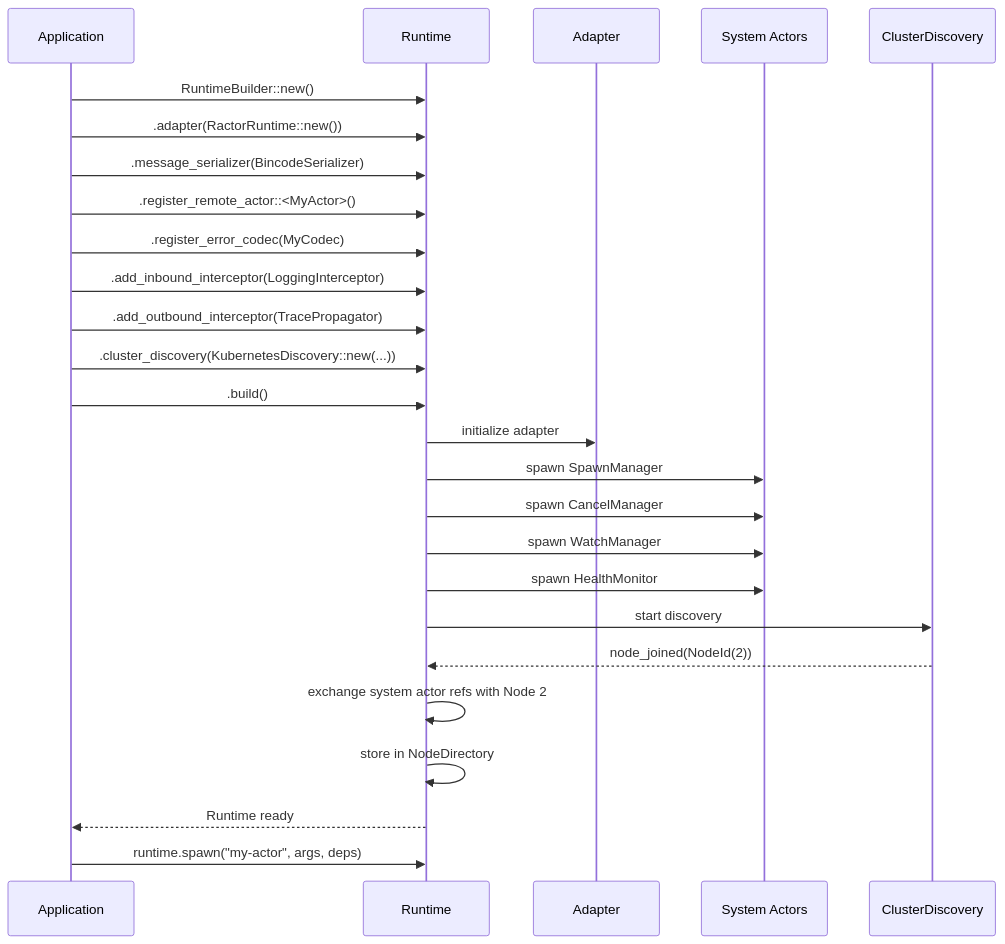
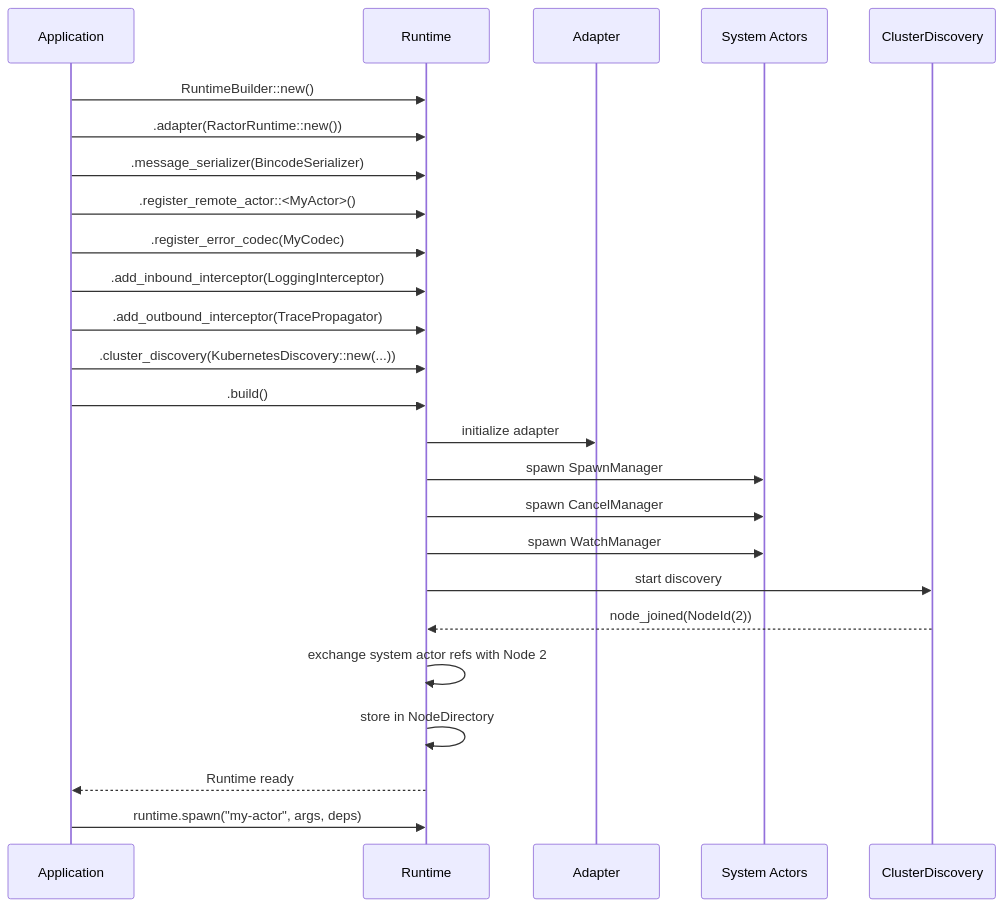
Diagram 17 of 30 in docs/design-v0.2.md (ditas-team/dactor), drawn with Mermaid before and after one commit. The commit also changed other lines of this file, not shown here.

````diff
--- a/docs/design-v0.2.md
+++ b/docs/design-v0.2.md
@@ -3644,32 +3643,31 @@
 ```mermaid
 sequenceDiagram
     participant App as Application
     participant R as Runtime
     participant A as Adapter
     participant SA as System Actors
     participant CD as ClusterDiscovery
 
     App->>R: RuntimeBuilder::new()
     App->>R: .adapter(RactorRuntime::new())
     App->>R: .message_serializer(BincodeSerializer)
     App->>R: .register_remote_actor::<MyActor>()
     App->>R: .register_error_codec(MyCodec)
     App->>R: .add_inbound_interceptor(LoggingInterceptor)
     App->>R: .add_outbound_interceptor(TracePropagator)
     App->>R: .cluster_discovery(KubernetesDiscovery::new(...))
     App->>R: .build()
 
     R->>A: initialize adapter
     R->>SA: spawn SpawnManager
     R->>SA: spawn CancelManager
     R->>SA: spawn WatchManager
-    R->>SA: spawn HealthMonitor
 
     R->>CD: start discovery
     CD-->>R: node_joined(NodeId(2))
     R->>R: exchange system actor refs with Node 2
     R->>R: store in NodeDirectory
 
     R-->>App: Runtime ready
     App->>R: runtime.spawn("my-actor", args, deps)
 ```
````
